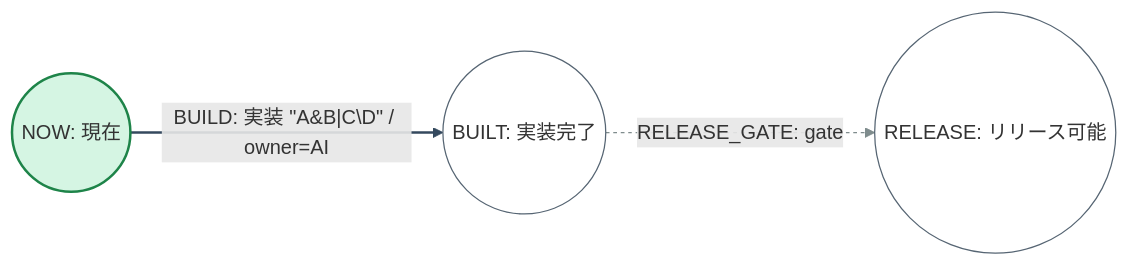
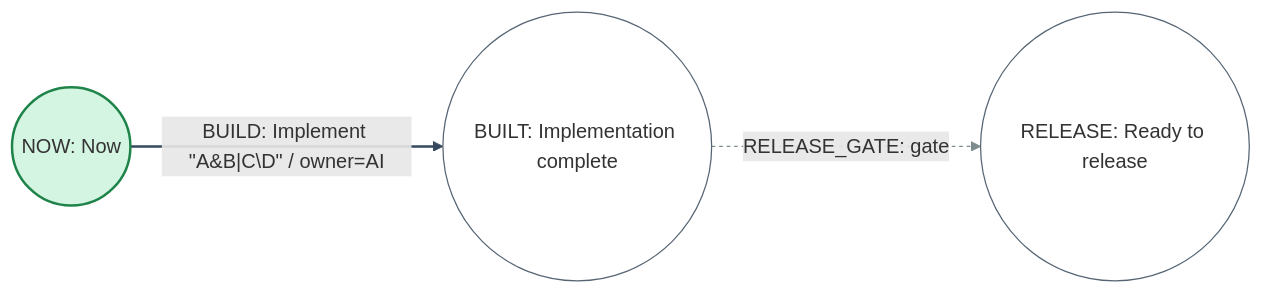
One commit to mako10k/perttool changed the diagram in docs/examples/mermaid-profile.md. Above: the diagram before and after it, drawn with Mermaid. The commit also changed other lines of this file and 32 other files, not shown here.

````diff
--- a/docs/examples/mermaid-profile.md
+++ b/docs/examples/mermaid-profile.md
@@ -54,24 +54,24 @@
 ```mermaid
 flowchart LR
-  %% perttool:profile {"schema_version":"Perttool.MermaidProfile.v1","profile":"perttool","source_fidelity":"semantic-v1","record_count":7,"metadata_digest":"sha256:24ab3cb9723cf5cbf77707b2cd6e0f37270f4d5d4baa67d12b1a10724a0f1c6c","projection_digest":"sha256:c565410b2030baa98379e677a30aa4bd345d0220cbfca2d230c2263850a0037f","projection":{"schema_version":"Perttool.MermaidProjection.v1","direction":"LR","analysis":"none","capacity_overrides":[]}}
+  %% perttool:profile {"schema_version":"Perttool.MermaidProfile.v1","profile":"perttool","source_fidelity":"semantic-v1","record_count":7,"metadata_digest":"sha256:cb0343894128d65611a31b1eff3fc27b64f79e98432bfb7583e79158661f6bbc","projection_digest":"sha256:07e4568a9c4c5d3141541e4fbae9ae748d61bc08222a22bf01224bc194b39dd5","projection":{"schema_version":"Perttool.MermaidProjection.v1","direction":"LR","analysis":"none","capacity_overrides":[]}}
   %% perttool:project {"id":"PROFILE_SAMPLE","version":1,"title":"Mermaid profile sample","description":null,"as_of":"2026-07-22","duration_unit":"day","velocity":null,"finish":"RELEASE","critical_epsilon":"0d","target_duration":null}
-  %% perttool:resource {"id":"DEVELOPERS","title":"開発担当","description":null,"capacity":2,"tags":["implementation"]}
-  %% perttool:milestone {"id":"BUILT","title":"実装完了","description":null,"state":"planned","tags":[]}
-  %% perttool:milestone {"id":"NOW","title":"現在","description":null,"state":"reached","tags":[]}
-  %% perttool:milestone {"id":"RELEASE","title":"リリース可能","description":null,"state":"planned","tags":[]}
-  %% perttool:task {"id":"BUILD","from":"NOW","to":"BUILT","title":"実装 \"A&B|C\\D\"","description":null,"estimate":{"kind":"deterministic","duration":"2d"},"status":"planned","priority":10,"requires":[{"resource_id":"DEVELOPERS","units":1}],"owner":"AI","tags":["critical"],"blocked_reason":null,"source":"Issue #10"}
+  %% perttool:resource {"id":"DEVELOPERS","title":"Developers","description":null,"capacity":2,"tags":["implementation"]}
+  %% perttool:milestone {"id":"BUILT","title":"Implementation complete","description":null,"state":"planned","tags":[]}
+  %% perttool:milestone {"id":"NOW","title":"Now","description":null,"state":"reached","tags":[]}
+  %% perttool:milestone {"id":"RELEASE","title":"Ready to release","description":null,"state":"planned","tags":[]}
+  %% perttool:task {"id":"BUILD","from":"NOW","to":"BUILT","title":"Implement \"A&B|C\\D\"","description":null,"estimate":{"kind":"deterministic","duration":"2d"},"status":"planned","priority":10,"requires":[{"resource_id":"DEVELOPERS","units":1}],"owner":"AI","tags":["critical"],"blocked_reason":null,"source":"Issue #10"}
   %% perttool:gate {"id":"RELEASE_GATE","from":"BUILT","to":"RELEASE","reason":"review accepted"}
   %% perttool:projection-begin
-  ptm_BUILT(("BUILT: 実装完了"))
-  ptm_NOW(("NOW: 現在"))
-  ptm_RELEASE(("RELEASE: リリース可能"))
-  ptm_NOW -->|"BUILD: 実装 #34;A#38;B#124;C#92;D#34; / owner=AI"| ptm_BUILT
+  ptm_BUILT(("BUILT: Implementation complete"))
+  ptm_NOW(("NOW: Now"))
+  ptm_RELEASE(("RELEASE: Ready to release"))
+  ptm_NOW -->|"BUILD: Implement #34;A#38;B#124;C#92;D#34; / owner=AI"| ptm_BUILT
   ptm_BUILT -.->|"RELEASE_GATE: gate"| ptm_RELEASE
   classDef pt_milestone_planned fill:#ffffff,stroke:#566573,stroke-width:1px;
   classDef pt_milestone_reached fill:#d5f5e3,stroke:#1e8449,stroke-width:2px;
   class ptm_BUILT,ptm_RELEASE pt_milestone_planned;
   class ptm_NOW pt_milestone_reached;
   linkStyle 0 stroke:#34495e,stroke-width:2px;
   linkStyle 1 stroke:#7f8c8d,stroke-width:1px,stroke-dasharray:3 3;
   %% perttool:projection-end
 ```
````
